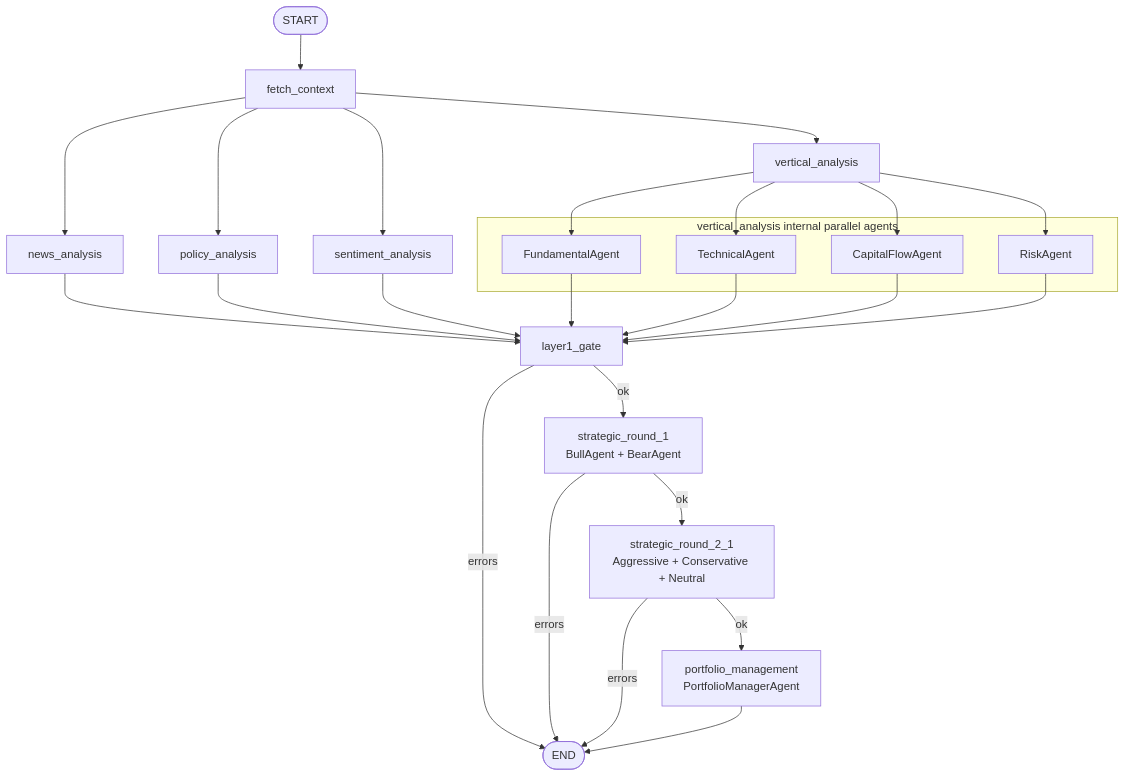
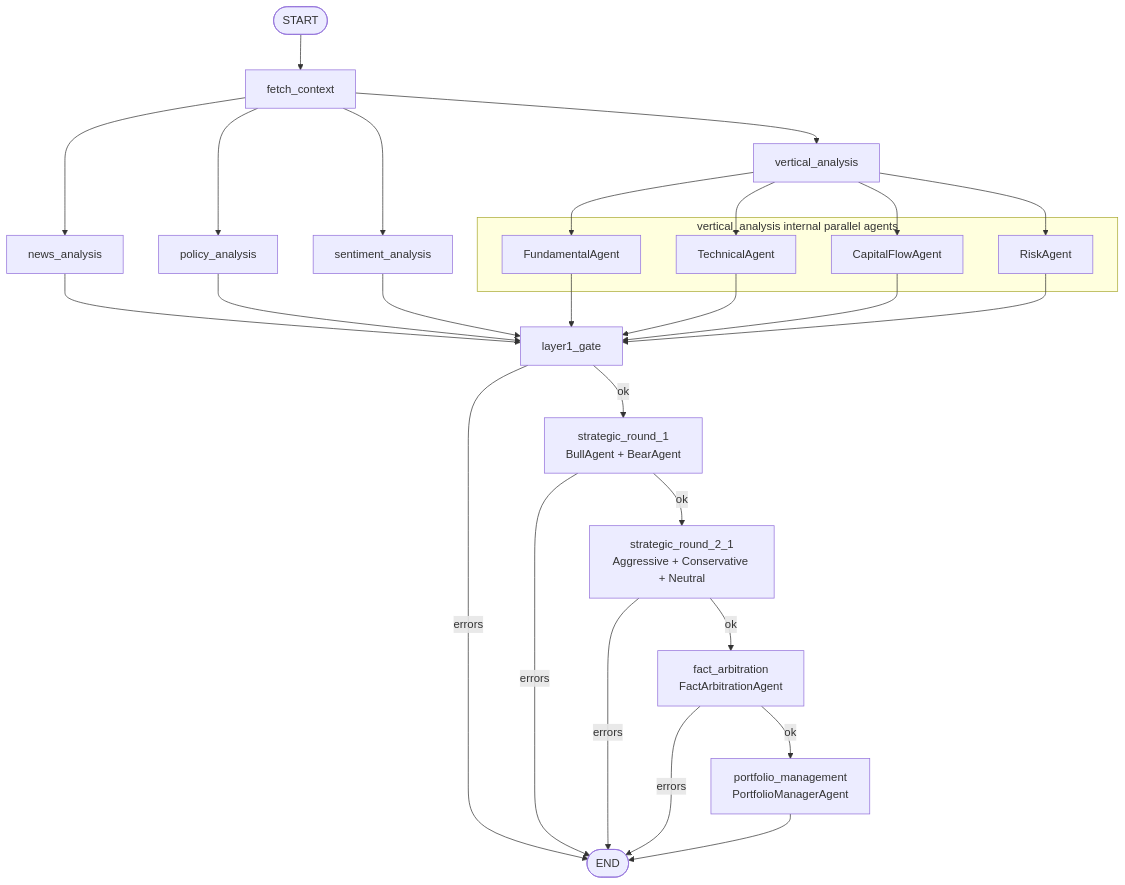
One commit to MarvekG/BestAITrader changed the second of 2 diagrams in backend/app/ai/llm_engine/README.md. Above: the diagram before and after it, drawn with Mermaid. The commit also changed other lines of this file and 7 other files, not shown here.

````diff
--- a/backend/app/ai/llm_engine/README.md
+++ b/backend/app/ai/llm_engine/README.md
@@ -86,37 +87,39 @@
 ```mermaid
 flowchart TD
     Start([START]) --> Fetch["fetch_context"]
 
     Fetch --> News["news_analysis"]
     Fetch --> Policy["policy_analysis"]
     Fetch --> Sentiment["sentiment_analysis"]
     Fetch --> Vertical["vertical_analysis"]
 
     subgraph VerticalAgents["vertical_analysis internal parallel agents"]
         Fundamental["FundamentalAgent"]
         Technical["TechnicalAgent"]
         CapitalFlow["CapitalFlowAgent"]
         Risk["RiskAgent"]
     end
 
     Vertical --> Fundamental
     Vertical --> Technical
     Vertical --> CapitalFlow
     Vertical --> Risk
 
     News --> Gate["layer1_gate"]
     Policy --> Gate
     Sentiment --> Gate
     Fundamental --> Gate
     Technical --> Gate
     CapitalFlow --> Gate
     Risk --> Gate
 
     Gate -->|errors| End([END])
     Gate -->|ok| Round1["strategic_round_1<br/>BullAgent + BearAgent"]
     Round1 -->|errors| End
     Round1 -->|ok| Round21["strategic_round_2_1<br/>Aggressive + Conservative + Neutral"]
     Round21 -->|errors| End
-    Round21 -->|ok| PMNode["portfolio_management<br/>PortfolioManagerAgent"]
+    Round21 -->|ok| FactNode["fact_arbitration<br/>FactArbitrationAgent"]
+    FactNode -->|errors| End
+    FactNode -->|ok| PMNode["portfolio_management<br/>PortfolioManagerAgent"]
     PMNode --> End
 ```
````
